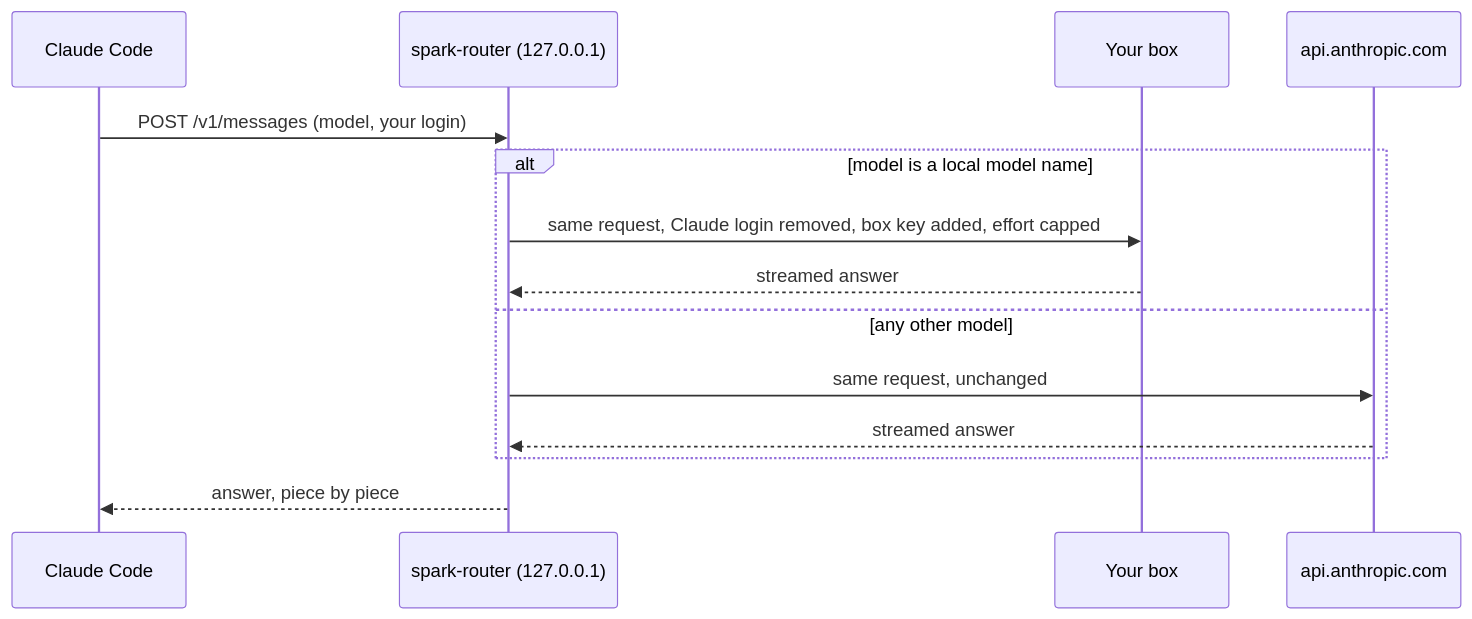
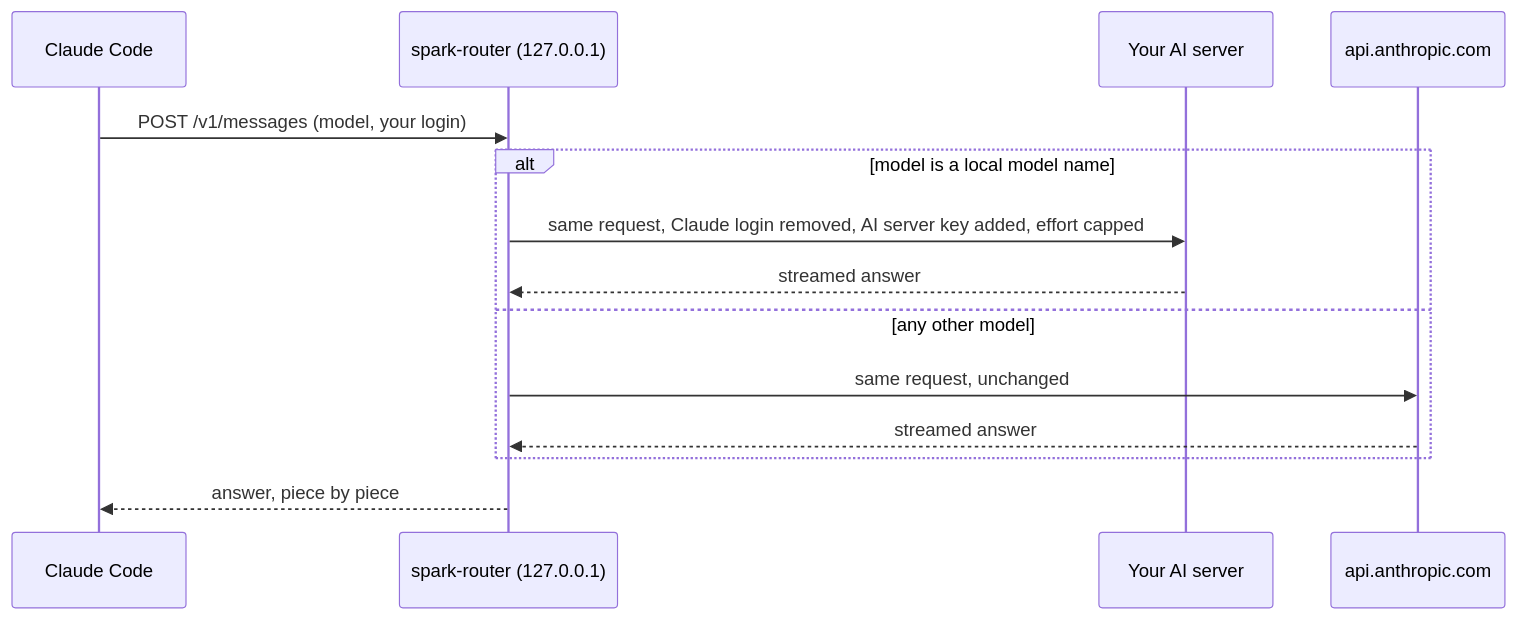
Before and after one commit to NithinMahesh1/Local-Agents-CC: the diagram in docs/how-it-works.md, drawn with Mermaid. The commit also changed other lines of this file and 33 other files, not shown here.

First line of the commit message:
feat: add setup and benchmark commands, and call the box "AI server"

````diff
--- a/docs/how-it-works.md
+++ b/docs/how-it-works.md
@@ -14,16 +14,16 @@
 ```mermaid
 sequenceDiagram
     participant CC as Claude Code
     participant R as spark-router (127.0.0.1)
-    participant B as Your box
+    participant B as Your AI server
     participant A as api.anthropic.com
     CC->>R: POST /v1/messages (model, your login)
     alt model is a local model name
-        R->>B: same request, Claude login removed, box key added, effort capped
+        R->>B: same request, Claude login removed, AI server key added, effort capped
         B-->>R: streamed answer
     else any other model
         R->>A: same request, unchanged
         A-->>R: streamed answer
     end
     R-->>CC: answer, piece by piece
 ```
````
